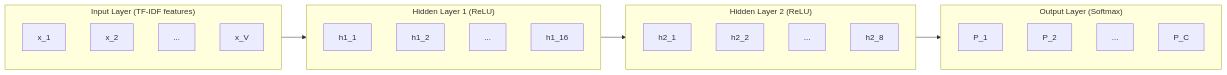
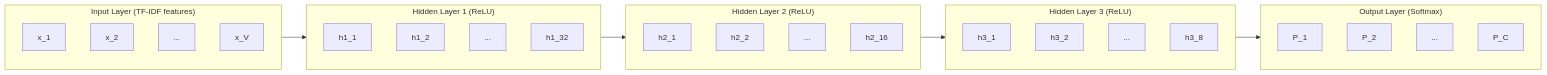
One commit to ramanuja-01/Raman-AI changed the third of 4 diagrams in README.md. Above: the diagram before and after it, drawn with Mermaid. The commit also changed other lines of this file, not shown here.

Commit message:
docs: document advanced clinical roadmap features in README.md

````diff
--- a/README.md
+++ b/README.md
@@ -323,30 +327,37 @@
 ```mermaid
 graph LR
     subgraph Input ["Input Layer (TF-IDF features)"]
         X1["x_1"]
         X2["x_2"]
         X3["..."]
         XV["x_V"]
     end
     subgraph H1 ["Hidden Layer 1 (ReLU)"]
         H1_1["h1_1"]
         H1_2["h1_2"]
         H1_dots["..."]
-        H1_16["h1_16"]
+        H1_32["h1_32"]
     end
     subgraph H2 ["Hidden Layer 2 (ReLU)"]
         H2_1["h2_1"]
         H2_2["h2_2"]
         H2_dots["..."]
-        H2_8["h2_8"]
+        H2_16["h2_16"]
+    end
+    subgraph H3 ["Hidden Layer 3 (ReLU)"]
+        H3_1["h3_1"]
+        H3_2["h3_2"]
+        H3_dots["..."]
+        H3_8["h3_8"]
     end
     subgraph Output ["Output Layer (Softmax)"]
         O1["P_1"]
         O2["P_2"]
         O_dots["..."]
         OC["P_C"]
     end
     Input --> H1
     H1 --> H2
-    H2 --> Output
+    H2 --> H3
+    H3 --> Output
 ```
````
